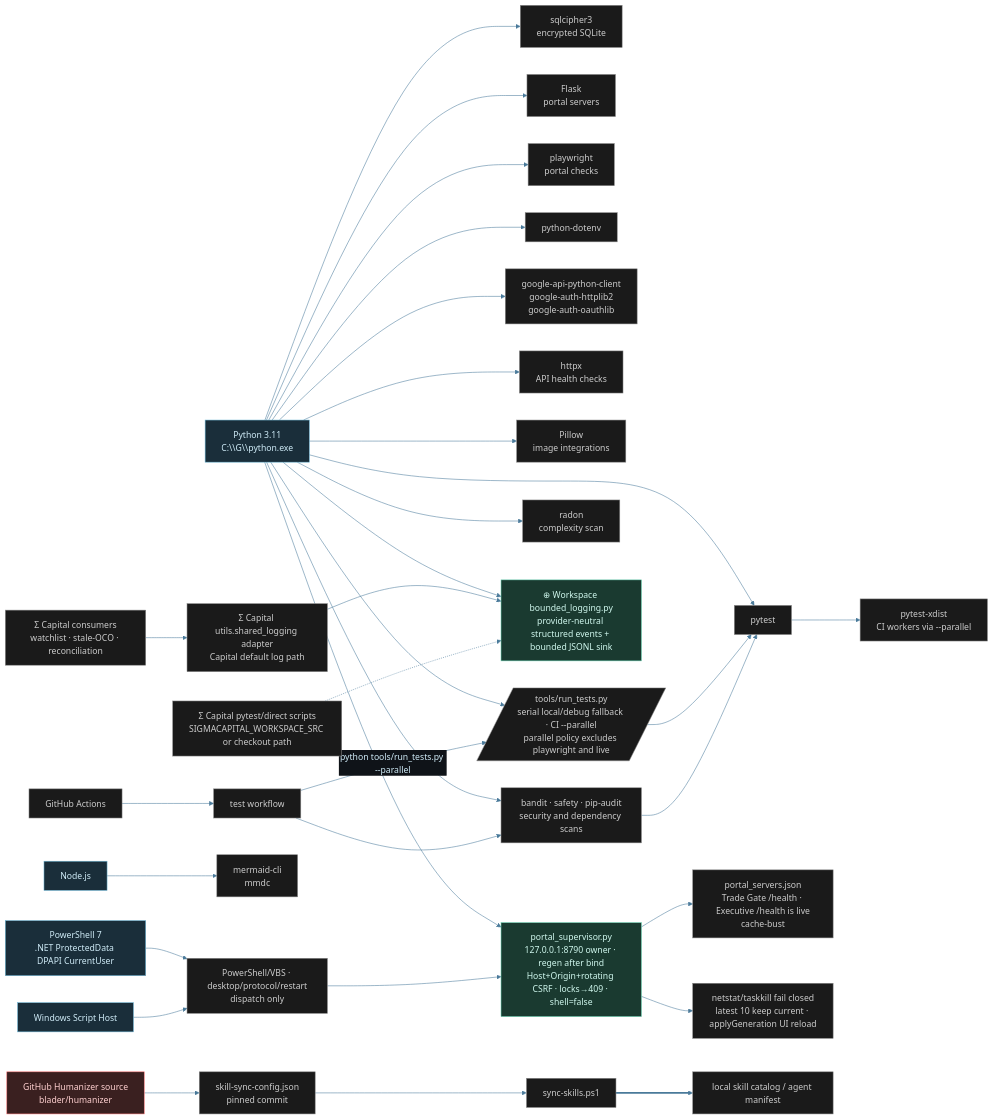
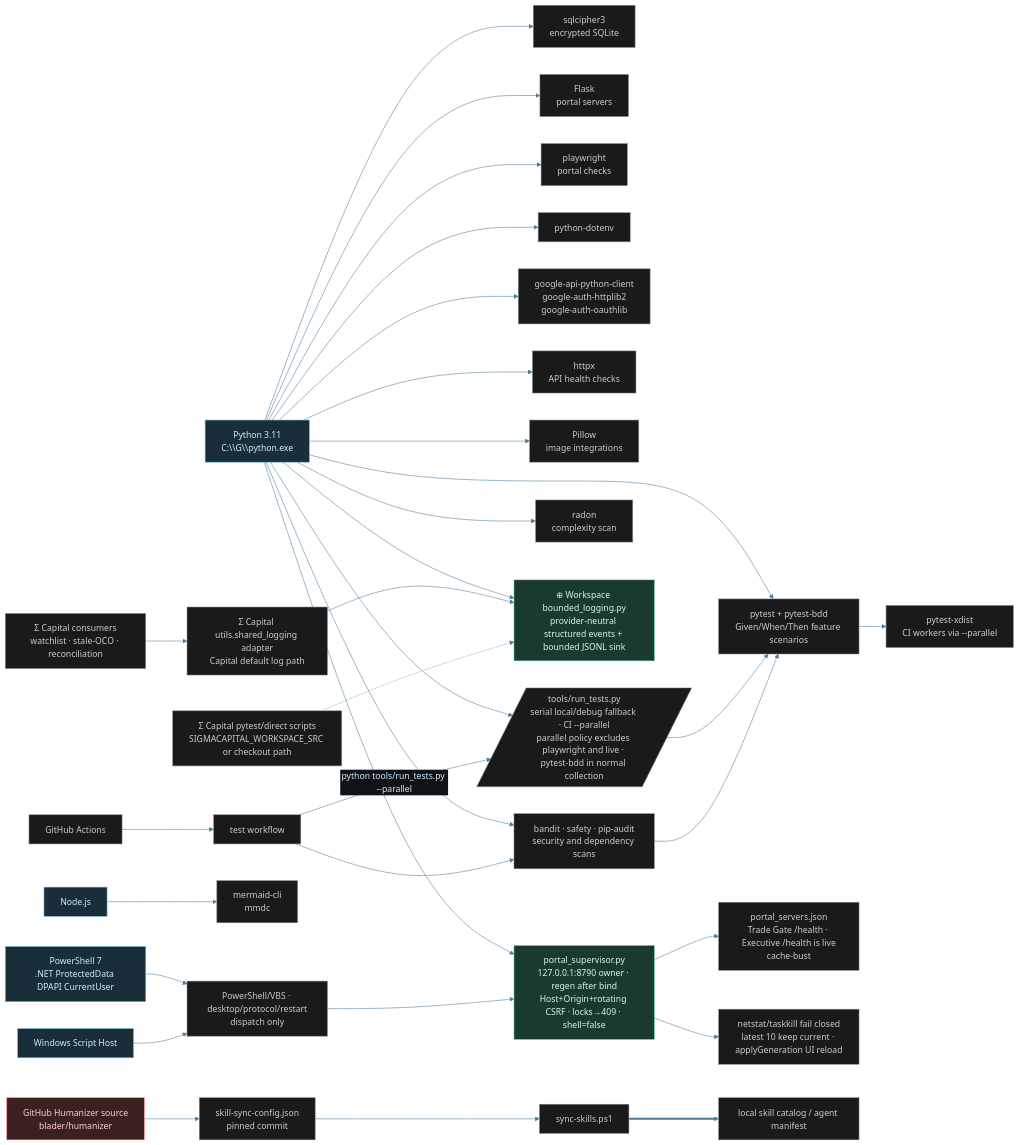
The diagram in diagrams/workspace-tech-stack.mmd (tylerdrakemusic/-Workspace), drawn with Mermaid before and after one commit. The commit also changed 6 other files, not shown here.

```diff
--- a/diagrams/workspace-tech-stack.mmd
+++ b/diagrams/workspace-tech-stack.mmd
@@ -1,50 +1,50 @@
 %%{init: {'theme': 'base', 'themeVariables': {'primaryColor': '#1a2e3a', 'primaryTextColor': '#d0ecf8', 'edgeLabelBackground': '#0f1318', 'lineColor': '#4a7a9a'}}}%%
 graph LR
     Python[Python 3.11<br/>C:\\G\\python.exe] --> SQLCipher[sqlcipher3<br/>encrypted SQLite]
-    Python --> Pytest[pytest]
+    Python --> Pytest[pytest + pytest-bdd<br/>Given/When/Then feature scenarios]
     Python --> Flask[Flask<br/>portal servers]
     Python --> Playwright[playwright<br/>portal checks]
     Python --> Dotenv[python-dotenv]
     Python --> GoogleAPI[google-api-python-client<br/>google-auth-httplib2<br/>google-auth-oauthlib]
     Python --> Httpx[httpx<br/>API health checks]
     Python --> Pillow[Pillow<br/>image integrations]
     Python --> SecurityTools[bandit · safety · pip-audit<br/>security and dependency scans]
     Python --> Radon[radon<br/>complexity scan]
     Python --> BoundedLogging[⊕ Workspace bounded_logging.py<br/>provider-neutral structured events + bounded JSONL sink]
     Python --> Supervisor[portal_supervisor.py<br/>127.0.0.1:8790 owner · regen after bind<br/>Host+Origin+rotating CSRF · locks→409 · shell=false]
     Supervisor --> ServiceConfig[portal_servers.json<br/>Trade Gate /health · Executive /health is live<br/>cache-bust]
     Supervisor --> WindowsProcess[netstat/taskkill fail closed<br/>latest 10 keep current · applyGeneration UI reload]
     ThinShims[PowerShell/VBS · desktop/protocol/restart<br/>dispatch only] --> Supervisor
     PowerShell[PowerShell 7<br/>.NET ProtectedData DPAPI CurrentUser] --> ThinShims
     WindowsScript[Windows Script Host] --> ThinShims
     CapitalLoggingConsumers[Σ Capital consumers<br/>watchlist · stale-OCO · reconciliation] --> CapitalLoggingAdapter[Σ Capital utils.shared_logging adapter<br/>Capital default log path]
     CapitalLoggingAdapter --> BoundedLogging
     CapitalLoggingBootstrap[Σ Capital pytest/direct scripts<br/>SIGMACAPITAL_WORKSPACE_SRC or checkout path] -.-> BoundedLogging
-    Python --> TestRunner[/tools/run_tests.py<br/>serial local/debug fallback · CI --parallel<br/>parallel policy excludes playwright and live/]
+    Python --> TestRunner[/tools/run_tests.py<br/>serial local/debug fallback · CI --parallel<br/>parallel policy excludes playwright and live · pytest-bdd in normal collection/]
     TestRunner --> Pytest
     Pytest --> Xdist[pytest-xdist<br/>CI workers via --parallel]
     Node[Node.js] --> Mmdc[mermaid-cli<br/>mmdc]
     GitHub[GitHub Actions] --> CI_Tests[test workflow]
     CI_Tests --> SecurityTools --> Pytest
     CI_Tests -->|"python tools/run_tests.py --parallel"| TestRunner
     HumanizerSource[GitHub Humanizer source<br/>blader/humanizer] --> SkillSyncConfig[skill-sync-config.json<br/>pinned commit]
     SkillSyncConfig --> SkillSyncScript[sync-skills.ps1]
     SkillSyncScript ==> LocalSkillCatalog[local skill catalog / agent manifest]
     class Python,Node,PowerShell,WindowsScript lang
     class Supervisor,BoundedLogging ws
     class CapitalLoggingAdapter,CapitalLoggingConsumers,CapitalLoggingBootstrap tool
     class SQLCipher,Pytest,TestRunner,Xdist,Flask,Playwright,Dotenv,Mmdc,ThinShims,ServiceConfig,WindowsProcess,GitHub,CI_Tests,GoogleAPI,Httpx,Pillow,SecurityTools,Radon,SkillSyncConfig,SkillSyncScript,LocalSkillCatalog tool
     class HumanizerSource ext
 
 classDef life     fill:#1a2e3a,stroke:#6ab4d4,color:#d0ecf8
 classDef music    fill:#3a1a24,stroke:#d47a8f,color:#f8d0dc
 classDef quantum  fill:#251a3a,stroke:#a07adf,color:#e8d0f8
 classDef manifest fill:#3a2e1a,stroke:#d4a96a,color:#f8ead0
 classDef ws       fill:#1a3a30,stroke:#6ad4b4,color:#d0f8ee
 classDef tyler    fill:#2a1a3a,stroke:#9e4aff,color:#fff
 classDef orch     fill:#1a3a52,stroke:#4a9eff,color:#fff
 classDef ext      fill:#3a2020,stroke:#ff7a7a,color:#ffd0d0
 classDef db       fill:#3a3010,stroke:#d4c050,color:#f8f0c0
 classDef state    fill:#1a1a1a,stroke:#888888,color:#cccccc
 classDef lang     fill:#1a2e3a,stroke:#6ab4d4,color:#d0ecf8
 classDef tool     fill:#1a1a1a,stroke:#888888,color:#cccccc
```
